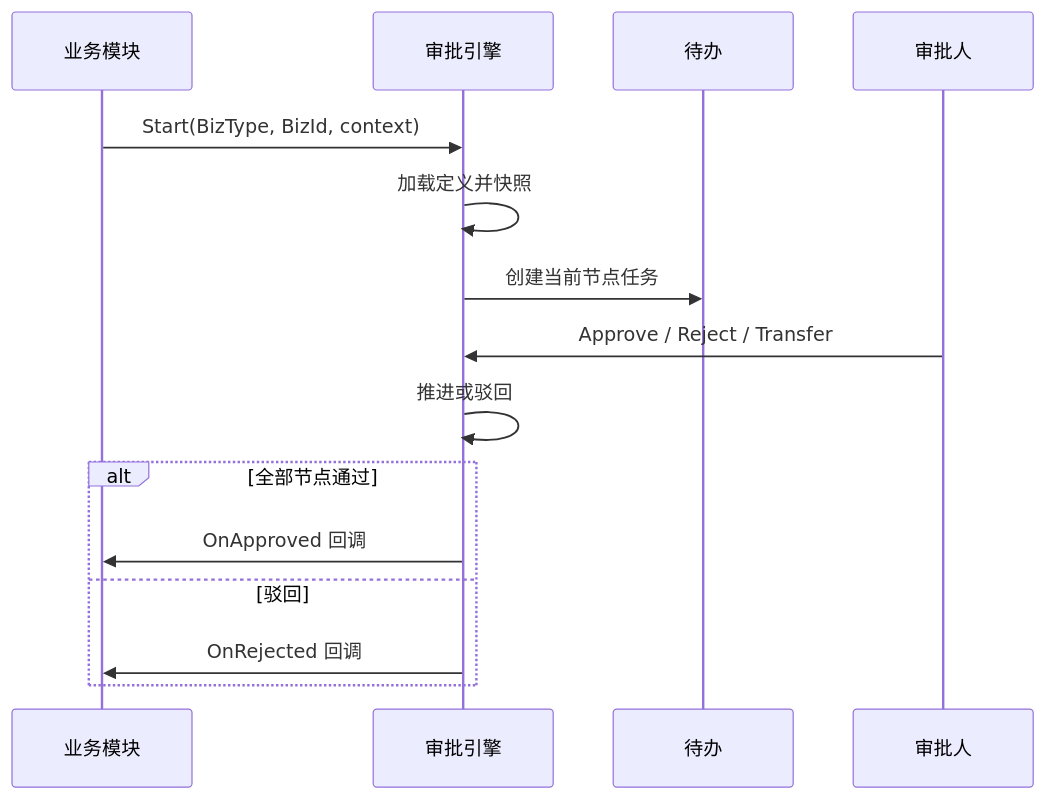
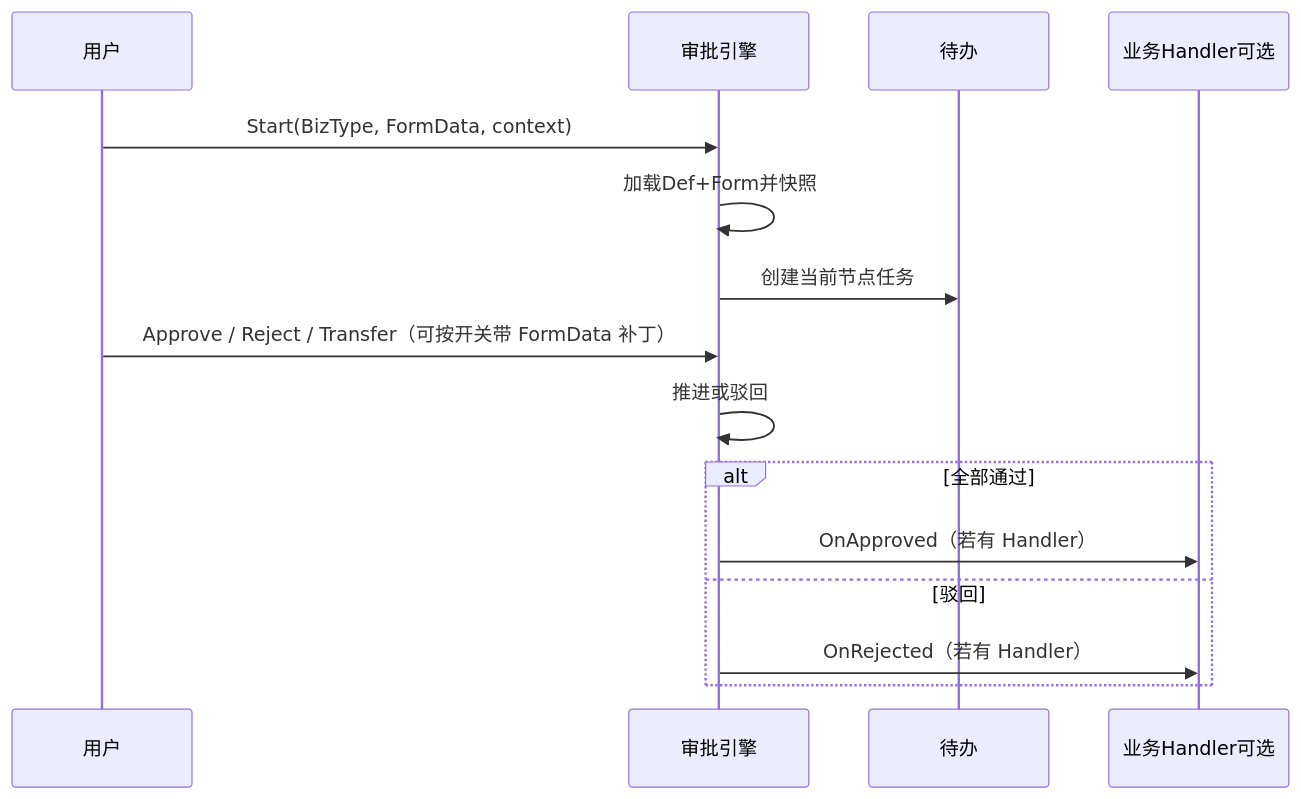
Before and after one commit to 769601895/ehr: the diagram in doc/分析文档/审批流程引擎/01-方案设计.md, drawn with Mermaid. The commit also changed other lines of this file and 26 other files, not shown here.

````diff
--- a/doc/分析文档/审批流程引擎/01-方案设计.md
+++ b/doc/分析文档/审批流程引擎/01-方案设计.md
@@ -113,18 +226,18 @@
 ```mermaid
 sequenceDiagram
-  participant Biz as 业务模块
+  participant User as 用户
   participant Eng as 审批引擎
   participant Todo as 待办
-  participant User as 审批人
+  participant Biz as 业务Handler可选
 
-  Biz->>Eng: Start(BizType, BizId, context)
-  Eng->>Eng: 加载定义并快照
+  User->>Eng: Start(BizType, FormData, context)
+  Eng->>Eng: 加载Def+Form并快照
   Eng->>Todo: 创建当前节点任务
-  User->>Eng: Approve / Reject / Transfer
+  User->>Eng: Approve / Reject / Transfer（可按开关带 FormData 补丁）
   Eng->>Eng: 推进或驳回
-  alt 全部节点通过
-    Eng->>Biz: OnApproved 回调
+  alt 全部通过
+    Eng->>Biz: OnApproved（若有 Handler）
   else 驳回
-    Eng->>Biz: OnRejected 回调
+    Eng->>Biz: OnRejected（若有 Handler）
   end
 ```
````
